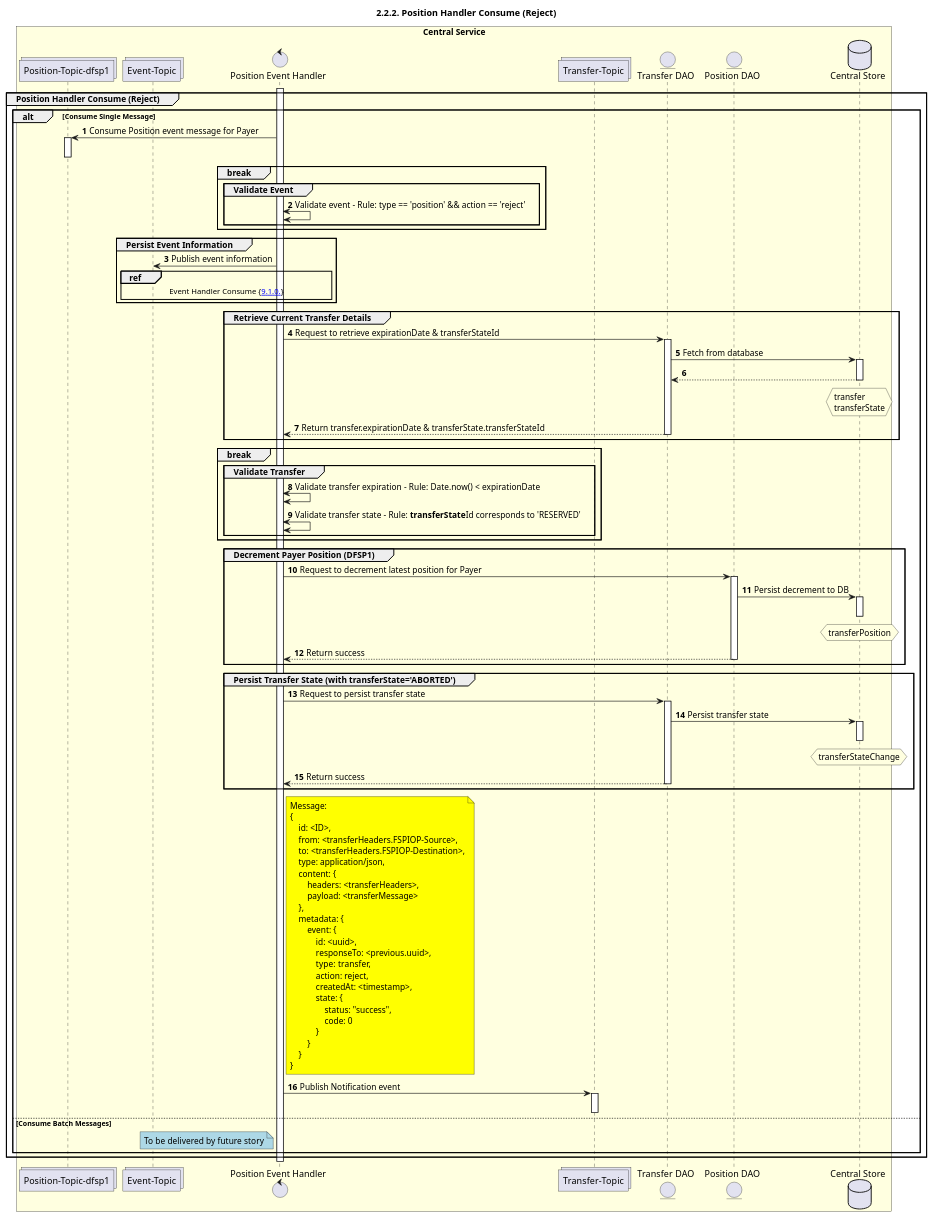
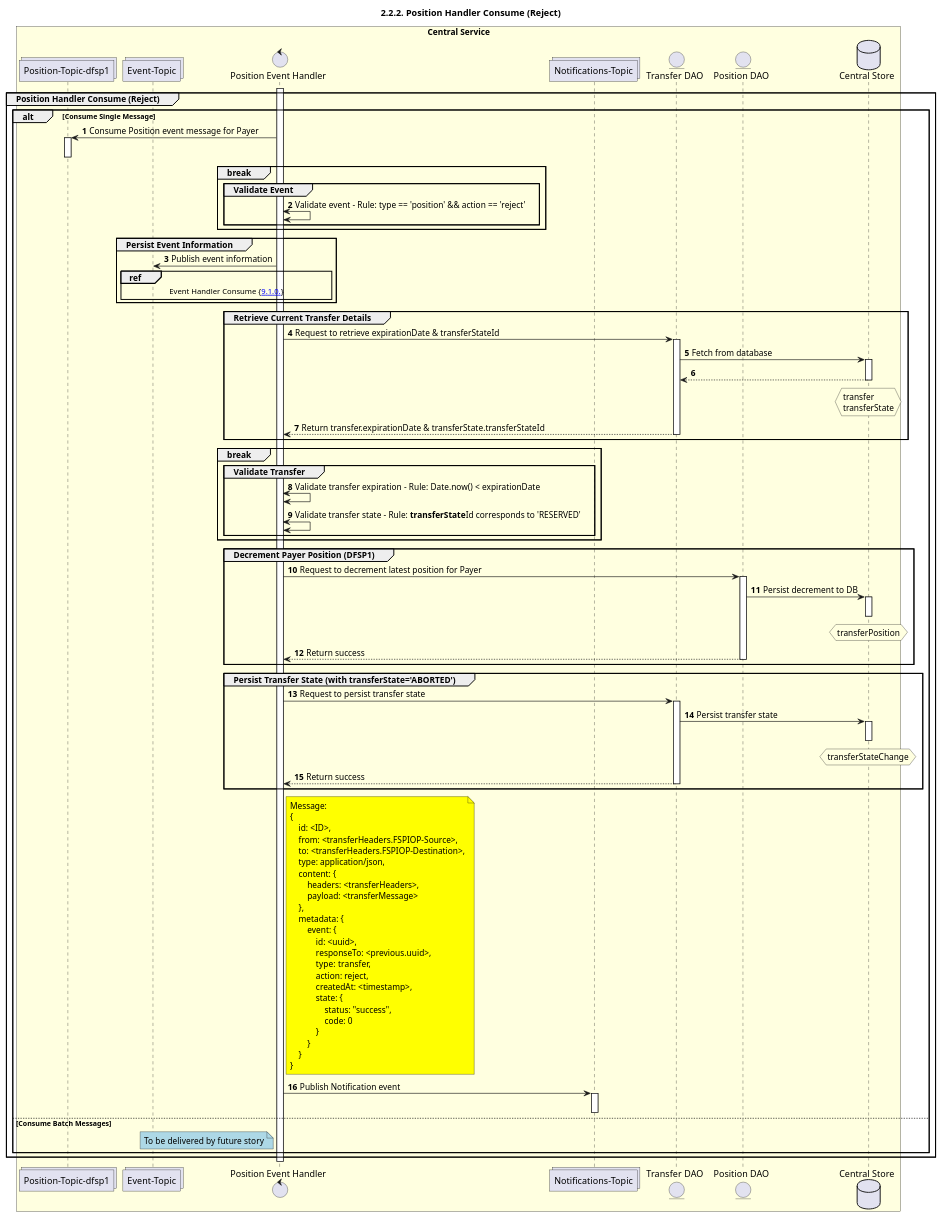
Before and after one commit to rmothilal/docs: the diagram in CentralServices/seq_diagrams/seq-reject-2.2.2.plantuml, drawn with PlantUML. The commit also changed 1 other file, not shown here.

```diff
--- a/CentralServices/seq_diagrams/seq-reject-2.2.2.plantuml
+++ b/CentralServices/seq_diagrams/seq-reject-2.2.2.plantuml
@@ -1,137 +1,137 @@
 @startuml
 ' declate title
 title 2.2.2. Position Handler Consume (Reject)
 
 autonumber
 
 ' Actor Keys:
 '   boundary - APIs/Interfaces, etc
 '   collections - Kafka Topics
 '   control - Kafka Consumers
 '   entity - Database Access Objects
 '   database - Database Persistance Store
 
 ' declare actors
 collections "Position-Topic-dfsp1" as TOPIC_POSITION_DFSP1
 control "Position Event Handler" as POS_HANDLER
-collections "Transfer-Topic" as TOPIC_NOTIFICATIONS
+collections "Notifications-Topic" as TOPIC_NOTIFICATIONS
 collections "Event-Topic" as TOPIC_EVENT
 entity "Transfer DAO" as TRANS_DAO
 entity "Position DAO" as POS_DAO
 database "Central Store" as DB
 
 box "Central Service" #LightYellow
     participant TOPIC_POSITION_DFSP1
     participant TOPIC_EVENT
     participant POS_HANDLER
     participant TOPIC_NOTIFICATIONS
     participant TRANS_DAO
     participant POS_DAO
     participant DB
 end box
 
 ' start flow
 activate POS_HANDLER
 group Position Handler Consume (Reject)
     alt Consume Single Message
         TOPIC_POSITION_DFSP1 <- POS_HANDLER: Consume Position event message for Payer
         activate TOPIC_POSITION_DFSP1
         deactivate TOPIC_POSITION_DFSP1
 
         break
             group Validate Event
                 POS_HANDLER <-> POS_HANDLER: Validate event - Rule: type == 'position' && action == 'reject'
             end
         end
 
         group Persist Event Information
             POS_HANDLER -> TOPIC_EVENT: Publish event information
 	        ref over POS_HANDLER, TOPIC_EVENT :  Event Handler Consume {[[https://github.com/mojaloop/docs/blob/develop/CentralServices/seq_diagrams/seq-event-9.1.0.svg 9.1.0.]]}
         end
 
         group Retrieve Current Transfer Details
             POS_HANDLER -> TRANS_DAO: Request to retrieve expirationDate & transferStateId
             activate TRANS_DAO
             TRANS_DAO -> DB: Fetch from database
             activate DB
             DB --> TRANS_DAO
             deactivate DB
             hnote over DB #lightyellow
                 transfer
                 transferState
             end note
             POS_HANDLER <-- TRANS_DAO: Return transfer.expirationDate & transferState.transferStateId
             deactivate TRANS_DAO
         end
 
         break
             group Validate Transfer
                 POS_HANDLER <-> POS_HANDLER: Validate transfer expiration - Rule: Date.now() < expirationDate
                 POS_HANDLER <-> POS_HANDLER: Validate transfer state - Rule: **transferState**Id corresponds to 'RESERVED'
             end
         end
 
         group Decrement Payer Position (DFSP1)
             POS_HANDLER -> POS_DAO: Request to decrement latest position for Payer
             activate POS_DAO
             POS_DAO -> DB: Persist decrement to DB
             activate DB
             deactivate DB
             hnote over DB #lightyellow
                 transferPosition
             end note
             POS_DAO --> POS_HANDLER: Return success
             deactivate POS_DAO
         end
 
         group Persist Transfer State (with transferState='ABORTED')
             POS_HANDLER -> TRANS_DAO: Request to persist transfer state
             activate TRANS_DAO
             TRANS_DAO -> DB: Persist transfer state
             activate DB
             deactivate DB
             hnote over DB #lightyellow
                 transferStateChange
             end note
             TRANS_DAO --> POS_HANDLER: Return success
             deactivate TRANS_DAO
         end
 
         note right of POS_HANDLER #yellow
             Message:
             {
                 id: <ID>,
                 from: <transferHeaders.FSPIOP-Source>,
                 to: <transferHeaders.FSPIOP-Destination>,
                 type: application/json,
                 content: {
                     headers: <transferHeaders>,
                     payload: <transferMessage>
                 },
                 metadata: {
                     event: {
                         id: <uuid>,
                         responseTo: <previous.uuid>,
                         type: transfer,
                         action: reject,
                         createdAt: <timestamp>,
                         state: {
                             status: "success",
                             code: 0
                         }
                     }
                 }
             }
         end note
         POS_HANDLER -> TOPIC_NOTIFICATIONS: Publish Notification event
         activate TOPIC_NOTIFICATIONS
         deactivate TOPIC_NOTIFICATIONS
 
     else Consume Batch Messages
         note left of POS_HANDLER #lightblue
             To be delivered by future story
         end note
     end
 end
 deactivate POS_HANDLER
 @enduml
```
